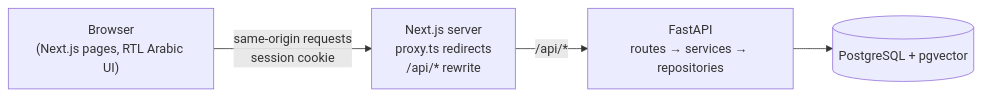
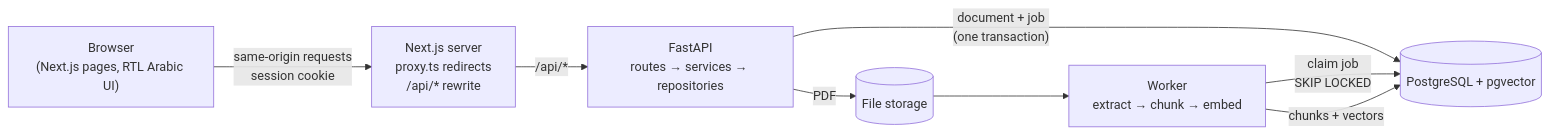
The diagram in README.md (Jana-9/daleel), drawn with Mermaid before and after one commit. The commit also changed other lines of this file and 2 other files, not shown here.

Commit message:
docs: document the processing pipeline, Phase 2 decisions and limitations

````diff
--- a/README.md
+++ b/README.md
@@ -30,11 +33,17 @@
 ```mermaid
 flowchart LR
     Browser["Browser<br/>(Next.js pages, RTL Arabic UI)"]
     Next["Next.js server<br/>proxy.ts redirects<br/>/api/* rewrite"]
     API["FastAPI<br/>routes → services → repositories"]
+    Worker["Worker<br/>extract → chunk → embed"]
     DB[("PostgreSQL + pgvector")]
+    Files[("File storage")]
 
     Browser -- "same-origin requests<br/>session cookie" --> Next
     Next -- "/api/*" --> API
-    API --> DB
+    API -- "document + job<br/>(one transaction)" --> DB
+    API -- "PDF" --> Files
+    Worker -- "claim job<br/>SKIP LOCKED" --> DB
+    Files --> Worker
+    Worker -- "chunks + vectors" --> DB
 ```
````
